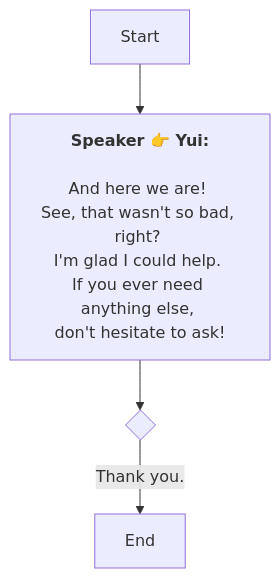
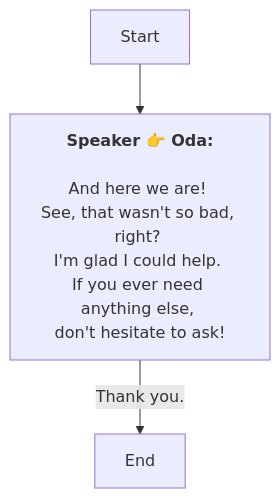
The diagram in En/QuestStartTalkENode_1769057929237633.md (SoftHu/tos_avg), drawn with Mermaid before and after one commit. The commit also changed 737 other files, not shown here.

````diff
--- a/En/QuestStartTalkENode_1769057929237633.md
+++ b/En/QuestStartTalkENode_1769057929237633.md
@@ -1,13 +1,10 @@
 ```mermaid
 graph
-Start -->1769057966047364[<b>Speaker 👉 Yui:</b>
-
-And here we are! 
-See, that wasn't so bad, right? 
-I'm glad I could help. 
+Start -->1769057966047364[<b>Speaker 👉 Oda:</b>
+\nAnd here we are! 
+See, that wasn't so bad, right? \nI'm glad I could help. 
 If you ever need anything else, 
 don't hesitate to ask!]
-1769057966047364 -->1769057992618118{ }
-1769057992618118 -->|Thank you.|1769057987247237[End]
+1769057966047364 -->|Thank you.|1769057987247237[End]
 
- ```
+```
````
